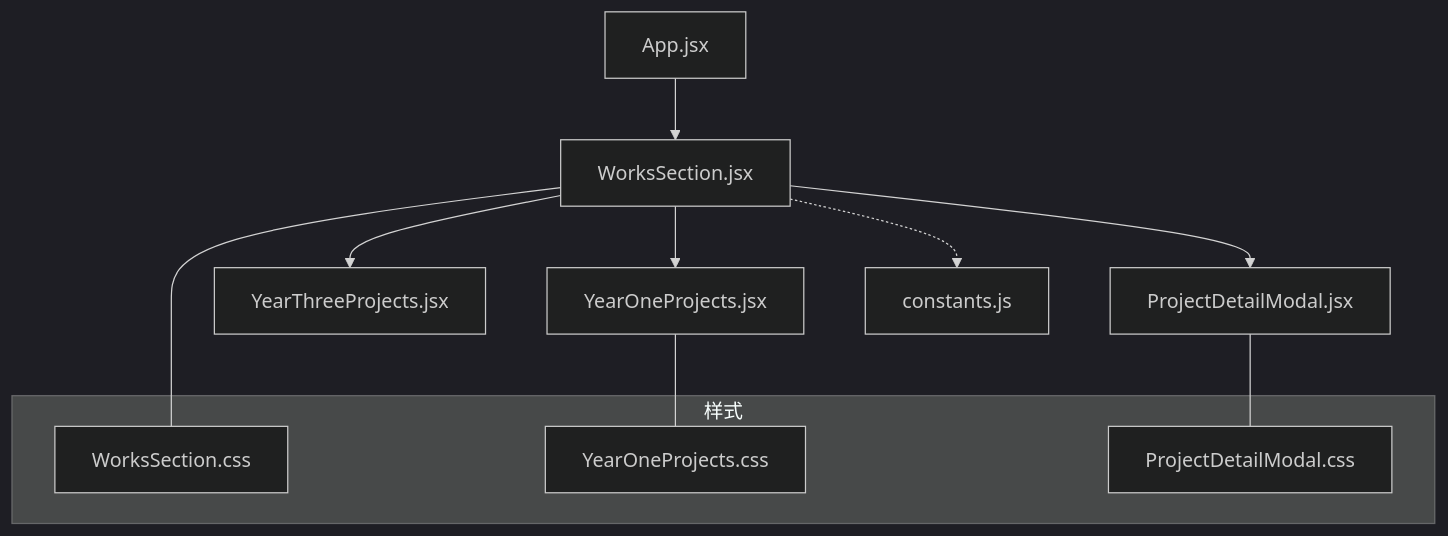
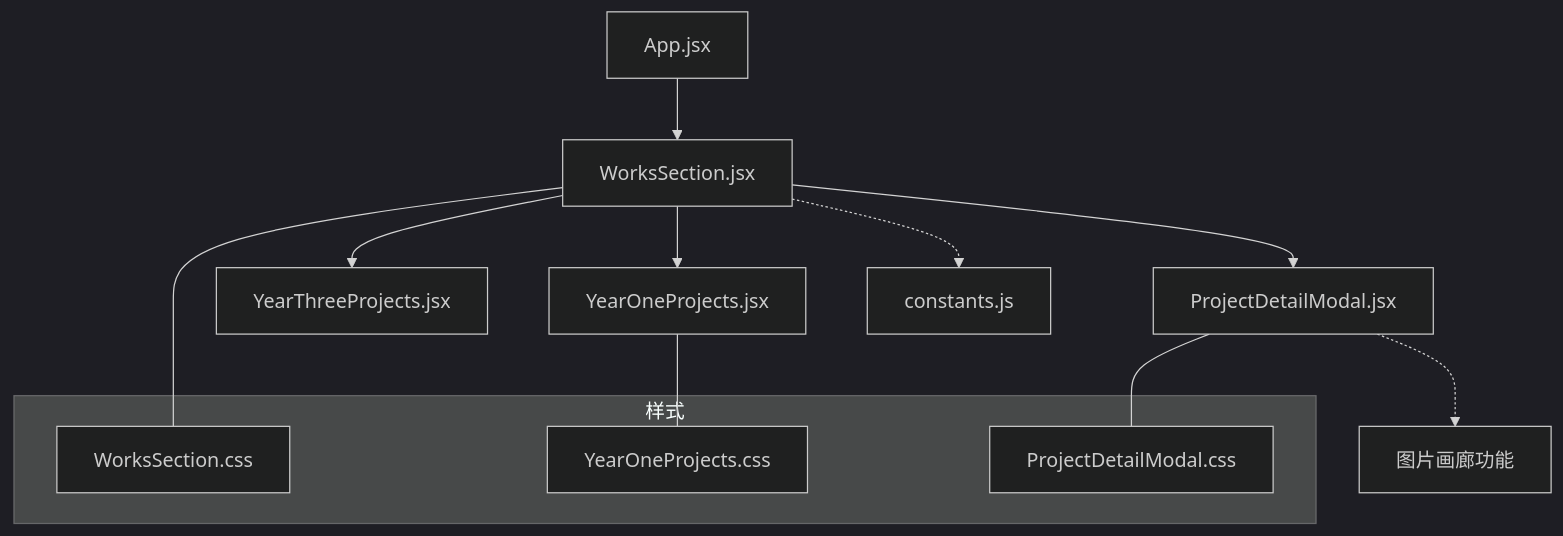
One commit to lithos666/lithos666.github.io changed the first of 4 diagrams in .qoder/repowiki/zh/content/核心功能模块/作品展示组件/作品展示主组件.md. Above: the diagram before and after it, drawn with Mermaid (dark theme). The commit also changed other lines of this file and 30 other files, not shown here.

````diff
--- a/.qoder/repowiki/zh/content/核心功能模块/作品展示组件/作品展示主组件.md
+++ b/.qoder/repowiki/zh/content/核心功能模块/作品展示组件/作品展示主组件.md
@@ -47,16 +57,17 @@
 ```mermaid
 graph TB
 A["App.jsx"] --> B["WorksSection.jsx"]
 B --> C["YearOneProjects.jsx"]
 B --> D["YearThreeProjects.jsx"]
 B --> E["ProjectDetailModal.jsx"]
-B -.-> F["constants.js"]
+E -.-> F["图片画廊功能"]
+B -.-> G["constants.js"]
 subgraph "样式"
-G["WorksSection.css"]
-H["YearOneProjects.css"]
-I["ProjectDetailModal.css"]
+H["WorksSection.css"]
+I["YearOneProjects.css"]
+J["ProjectDetailModal.css"]
 end
-B --- G
-C --- H
-E --- I
+B --- H
+C --- I
+E --- J
 ```
````
